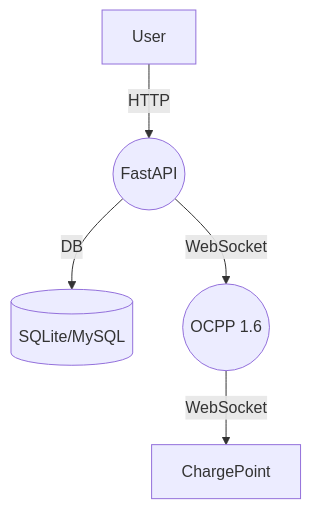
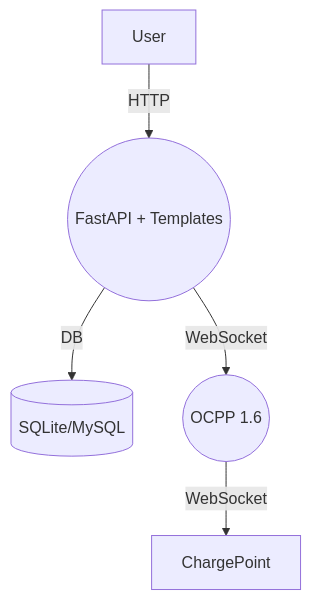
Before and after one commit to baronas123/bank-app: the diagram in README.md, drawn with Mermaid. The commit also changed other lines of this file and 14 other files, not shown here.

Commit message:
Add simple web frontend and OCPP server

````diff
--- a/README.md
+++ b/README.md
@@ -29,7 +43,7 @@
 ```mermaid
 graph TD
-    User--HTTP-->App((FastAPI))
-    App--DB-->Database[(SQLite/MySQL)]
-    App--WebSocket-->CentralSystem((OCPP 1.6))
+    User--HTTP-->WebApp((FastAPI + Templates))
+    WebApp--DB-->Database[(SQLite/MySQL)]
+    WebApp--WebSocket-->CentralSystem((OCPP 1.6))
     CentralSystem--WebSocket-->ChargePoint
 ```
````
